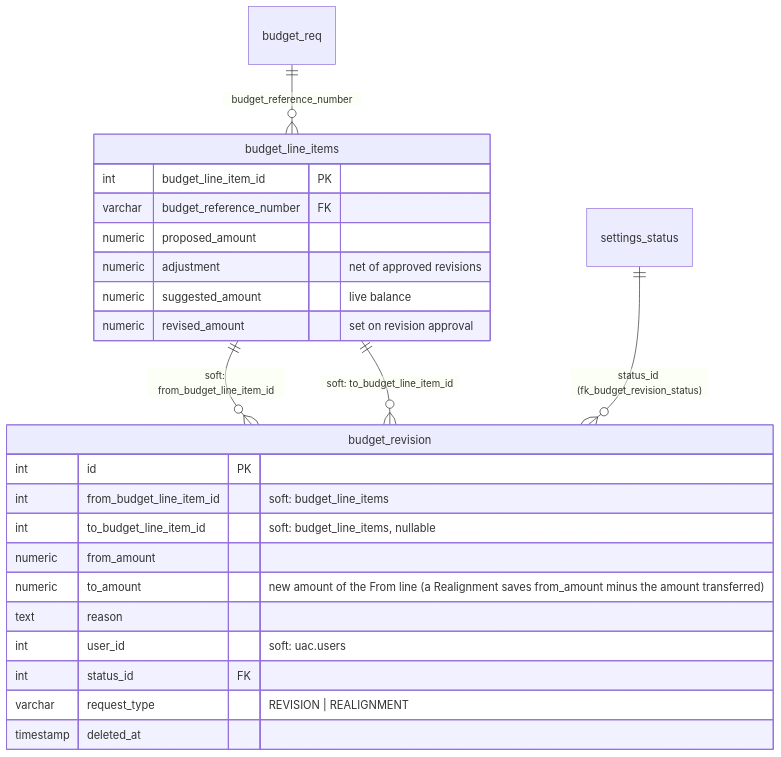
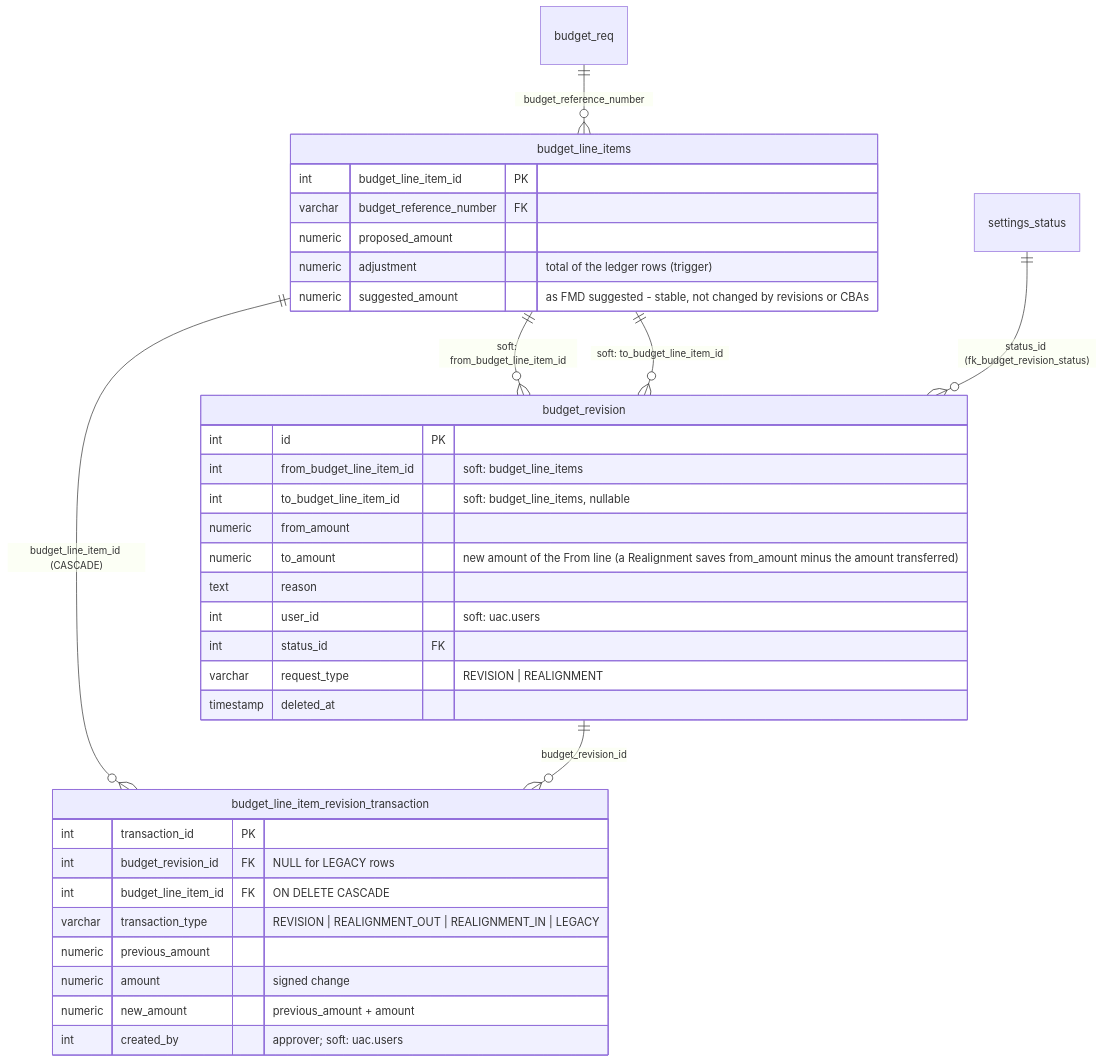
The fifth of 39 diagrams in system_docs/ERD/README.md (A-team-ITBS/fims-nha), drawn with Mermaid before and after one commit. The commit also changed other lines of this file and 21 other files, not shown here.

First line of the commit message:
Refactor budget revision and COB monitoring documentation

````diff
--- a/system_docs/ERD/README.md
+++ b/system_docs/ERD/README.md
@@ -339,27 +339,38 @@
 ```mermaid
 erDiagram
     budget_revision {
         int id PK
         int from_budget_line_item_id "soft: budget_line_items"
         int to_budget_line_item_id "soft: budget_line_items, nullable"
         numeric from_amount
         numeric to_amount "new amount of the From line (a Realignment saves from_amount minus the amount transferred)"
         text reason
         int user_id "soft: uac.users"
         int status_id FK
         varchar request_type "REVISION | REALIGNMENT"
         timestamp deleted_at
     }
     budget_line_items {
         int budget_line_item_id PK
         varchar budget_reference_number FK
         numeric proposed_amount
-        numeric adjustment "net of approved revisions"
-        numeric suggested_amount "live balance"
-        numeric revised_amount "set on revision approval"
+        numeric adjustment "total of the ledger rows (trigger)"
+        numeric suggested_amount "as FMD suggested - stable, not changed by revisions or CBAs"
     }
+    budget_line_item_revision_transaction {
+        int transaction_id PK
+        int budget_revision_id FK "NULL for LEGACY rows"
+        int budget_line_item_id FK "ON DELETE CASCADE"
+        varchar transaction_type "REVISION | REALIGNMENT_OUT | REALIGNMENT_IN | LEGACY"
+        numeric previous_amount
+        numeric amount "signed change"
+        numeric new_amount "previous_amount + amount"
+        int created_by "approver; soft: uac.users"
+    }
+    budget_line_items ||--o{ budget_line_item_revision_transaction : "budget_line_item_id (CASCADE)"
+    budget_revision ||--o{ budget_line_item_revision_transaction : "budget_revision_id"
     budget_line_items ||--o{ budget_revision : "soft: from_budget_line_item_id"
     budget_line_items ||--o{ budget_revision : "soft: to_budget_line_item_id"
     settings_status ||--o{ budget_revision : "status_id (fk_budget_revision_status)"
     budget_req ||--o{ budget_line_items : "budget_reference_number"
 ```
````
